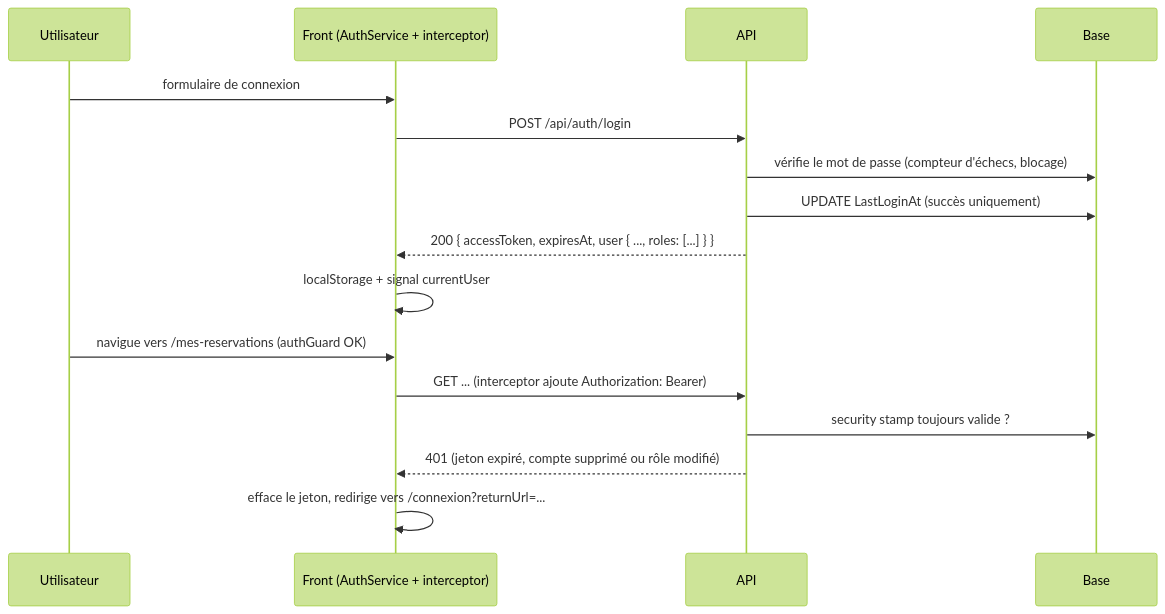
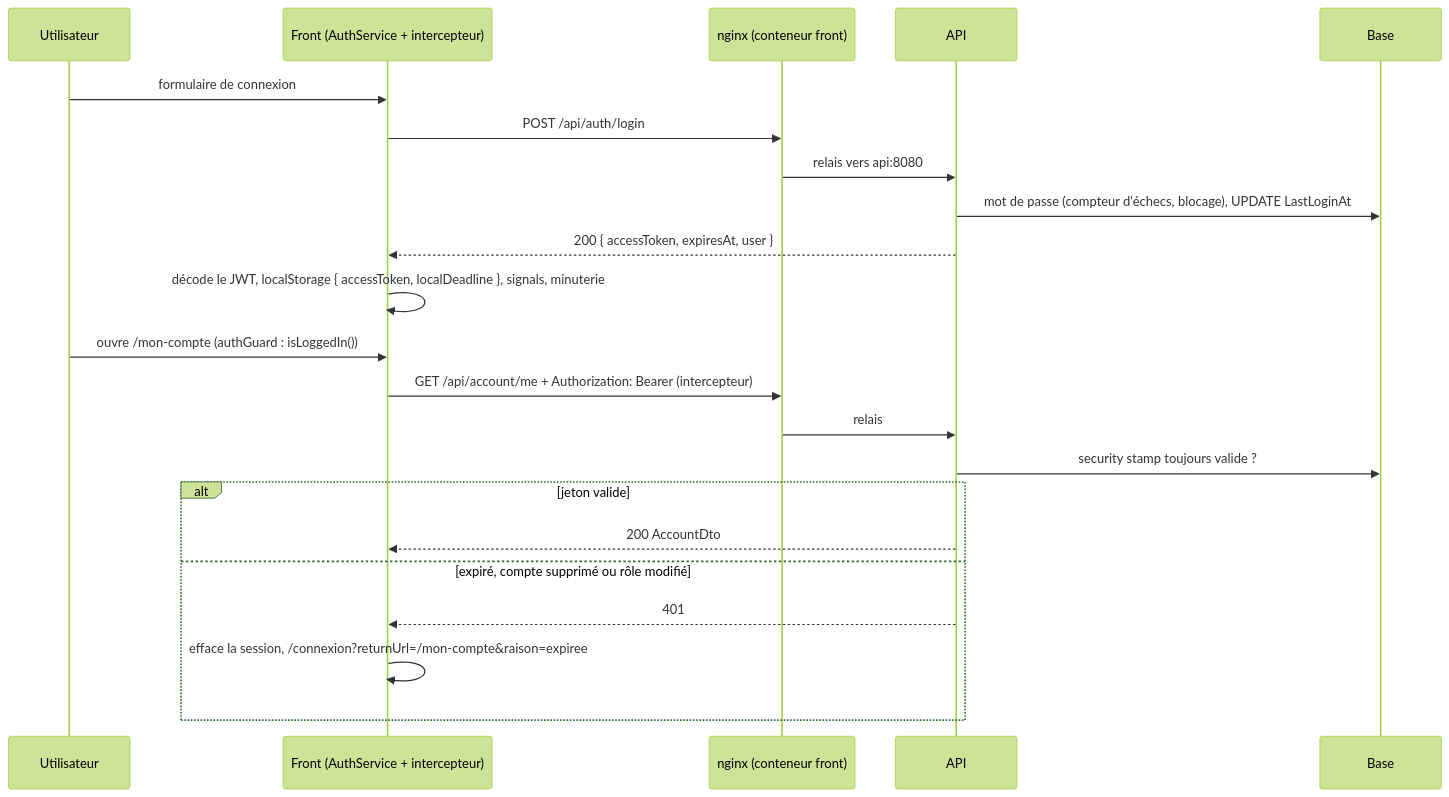
The third of 4 diagrams in docs/technique/architecture.md (Khalil-B-L/AAAS-web), drawn with Mermaid (forest theme) before and after one commit. The commit also changed other lines of this file and 113 other files, not shown here.

````diff
--- a/docs/technique/architecture.md
+++ b/docs/technique/architecture.md
@@ -314,18 +337,24 @@
 ```mermaid
 sequenceDiagram
     participant U as Utilisateur
-    participant F as Front (AuthService + interceptor)
+    participant F as Front (AuthService + intercepteur)
+    participant N as nginx (conteneur front)
     participant A as API
     participant DB as Base
     U->>F: formulaire de connexion
-    F->>A: POST /api/auth/login
-    A->>DB: vérifie le mot de passe (compteur d'échecs, blocage)
-    A->>DB: UPDATE LastLoginAt (succès uniquement)
-    A-->>F: 200 { accessToken, expiresAt, user { ..., roles: [...] } }
-    F->>F: localStorage + signal currentUser
-    U->>F: navigue vers /mes-reservations (authGuard OK)
-    F->>A: GET ... (interceptor ajoute Authorization: Bearer)
+    F->>N: POST /api/auth/login
+    N->>A: relais vers api:8080
+    A->>DB: mot de passe (compteur d'échecs, blocage), UPDATE LastLoginAt
+    A-->>F: 200 { accessToken, expiresAt, user }
+    F->>F: décode le JWT, localStorage { accessToken, localDeadline }, signals, minuterie
+    U->>F: ouvre /mon-compte (authGuard : isLoggedIn())
+    F->>N: GET /api/account/me + Authorization: Bearer (intercepteur)
+    N->>A: relais
     A->>DB: security stamp toujours valide ?
-    A-->>F: 401 (jeton expiré, compte supprimé ou rôle modifié)
-    F->>F: efface le jeton, redirige vers /connexion?returnUrl=...
+    alt jeton valide
+        A-->>F: 200 AccountDto
+    else expiré, compte supprimé ou rôle modifié
+        A-->>F: 401
+        F->>F: efface la session, /connexion?returnUrl=/mon-compte&raison=expiree
+    end
 ```
````
